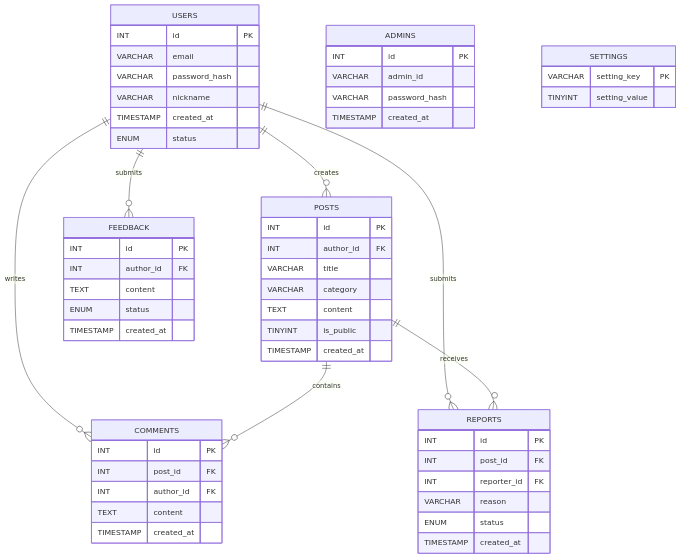
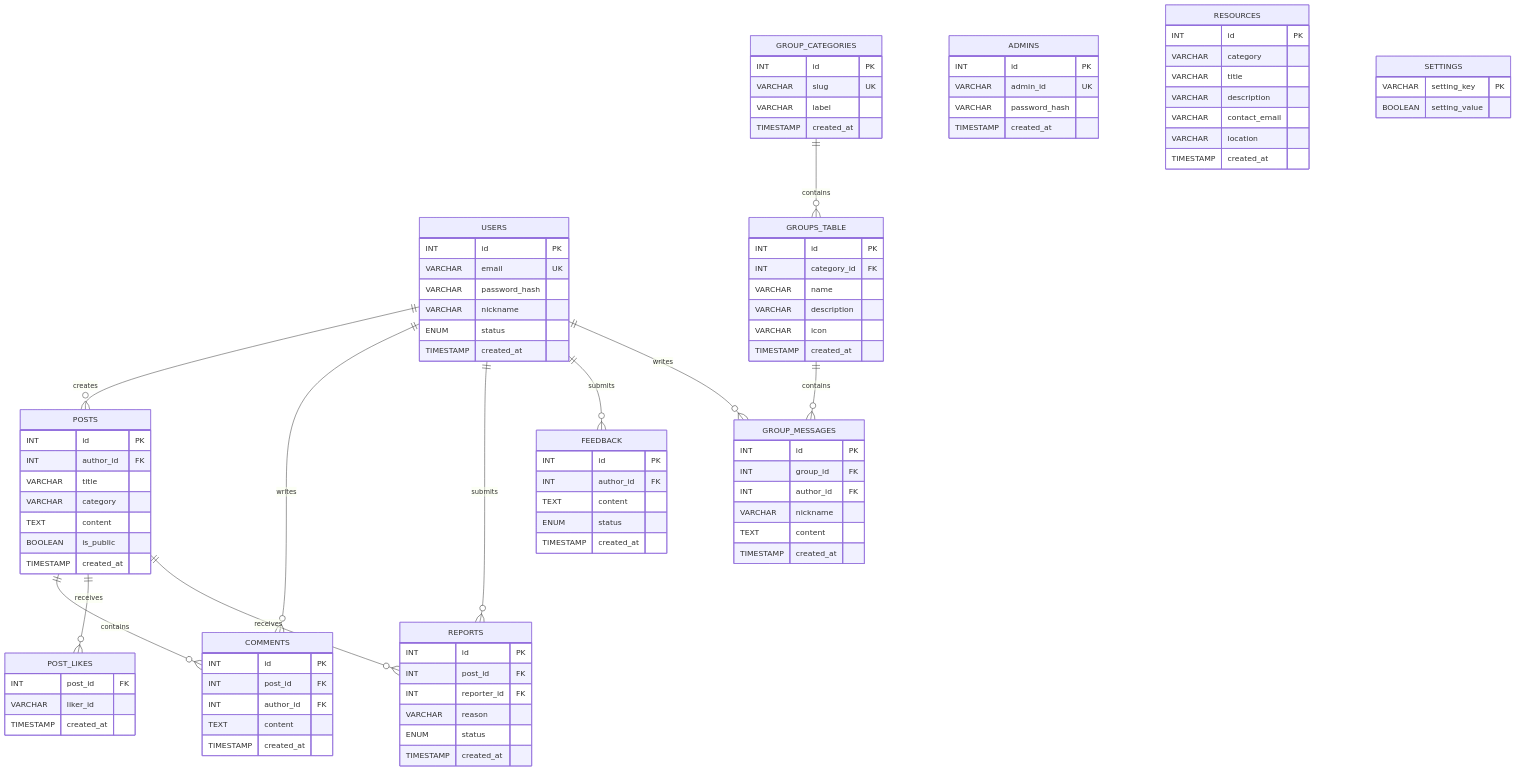
Before and after one commit to ZHANGJIALELLLLL/CP3407.2026: the seventh of 7 diagrams in design.md, drawn with Mermaid. The commit also changed other lines of this file, not shown here.

````diff
--- a/design.md
+++ b/design.md
@@ -585,29 +438,37 @@
     USERS ||--o{ POSTS : creates
     USERS ||--o{ COMMENTS : writes
     POSTS ||--o{ COMMENTS : contains
+    POSTS ||--o{ POST_LIKES : receives
     USERS ||--o{ REPORTS : submits
     POSTS ||--o{ REPORTS : receives
     USERS ||--o{ FEEDBACK : submits
+    GROUP_CATEGORIES ||--o{ GROUPS_TABLE : contains
+    GROUPS_TABLE ||--o{ GROUP_MESSAGES : contains
+    USERS ||--o{ GROUP_MESSAGES : writes
 
     USERS {
         INT id PK
-        VARCHAR email
+        VARCHAR email UK
         VARCHAR password_hash
         VARCHAR nickname
+        ENUM status
         TIMESTAMP created_at
-        ENUM status
     }
-
+    ADMINS {
+        INT id PK
+        VARCHAR admin_id UK
+        VARCHAR password_hash
+        TIMESTAMP created_at
+    }
     POSTS {
         INT id PK
         INT author_id FK
         VARCHAR title
         VARCHAR category
         TEXT content
-        TINYINT is_public
+        BOOLEAN is_public
         TIMESTAMP created_at
     }
-
     COMMENTS {
         INT id PK
         INT post_id FK
@@ -615,7 +476,11 @@
         TEXT content
         TIMESTAMP created_at
     }
-
+    POST_LIKES {
+        INT post_id FK
+        VARCHAR liker_id
+        TIMESTAMP created_at
+    }
     REPORTS {
         INT id PK
         INT post_id FK
@@ -624,7 +489,6 @@
         ENUM status
         TIMESTAMP created_at
     }
-
     FEEDBACK {
         INT id PK
         INT author_id FK
@@ -632,16 +496,39 @@
         ENUM status
         TIMESTAMP created_at
     }
-
-    ADMINS {
+    RESOURCES {
         INT id PK
-        VARCHAR admin_id
-        VARCHAR password_hash
+        VARCHAR category
+        VARCHAR title
+        VARCHAR description
+        VARCHAR contact_email
+        VARCHAR location
         TIMESTAMP created_at
     }
-
     SETTINGS {
         VARCHAR setting_key PK
-        TINYINT setting_value
+        BOOLEAN setting_value
+    }
+    GROUP_CATEGORIES {
+        INT id PK
+        VARCHAR slug UK
+        VARCHAR label
+        TIMESTAMP created_at
+    }
+    GROUPS_TABLE {
+        INT id PK
+        INT category_id FK
+        VARCHAR name
+        VARCHAR description
+        VARCHAR icon
+        TIMESTAMP created_at
+    }
+    GROUP_MESSAGES {
+        INT id PK
+        INT group_id FK
+        INT author_id FK
+        VARCHAR nickname
+        TEXT content
+        TIMESTAMP created_at
     }
 ```
````
